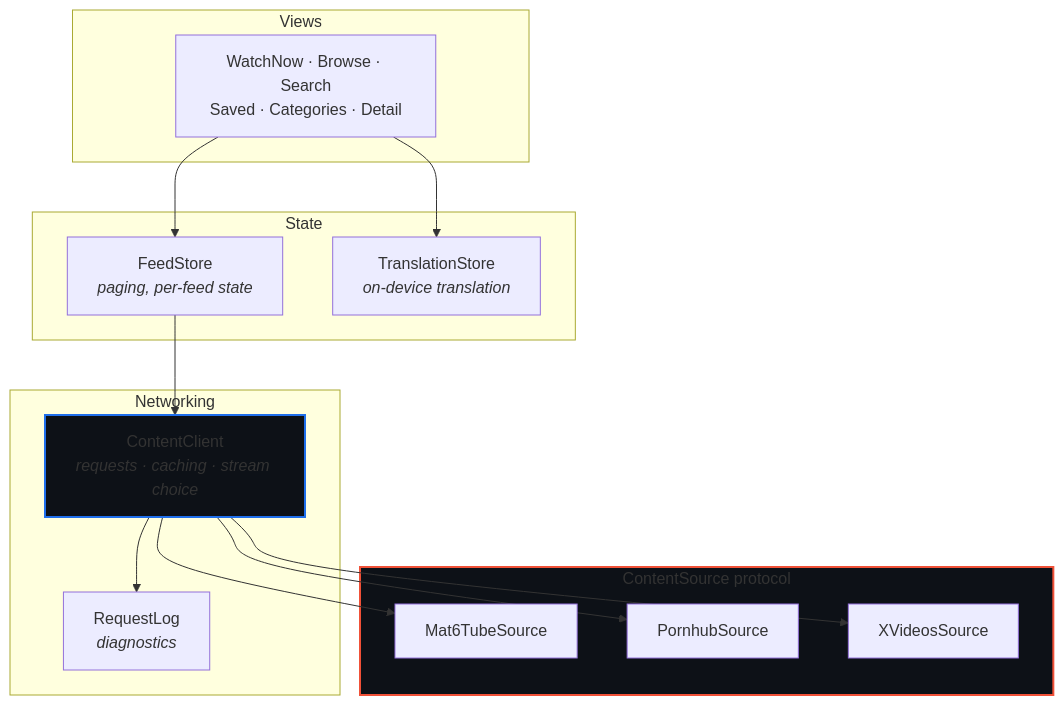
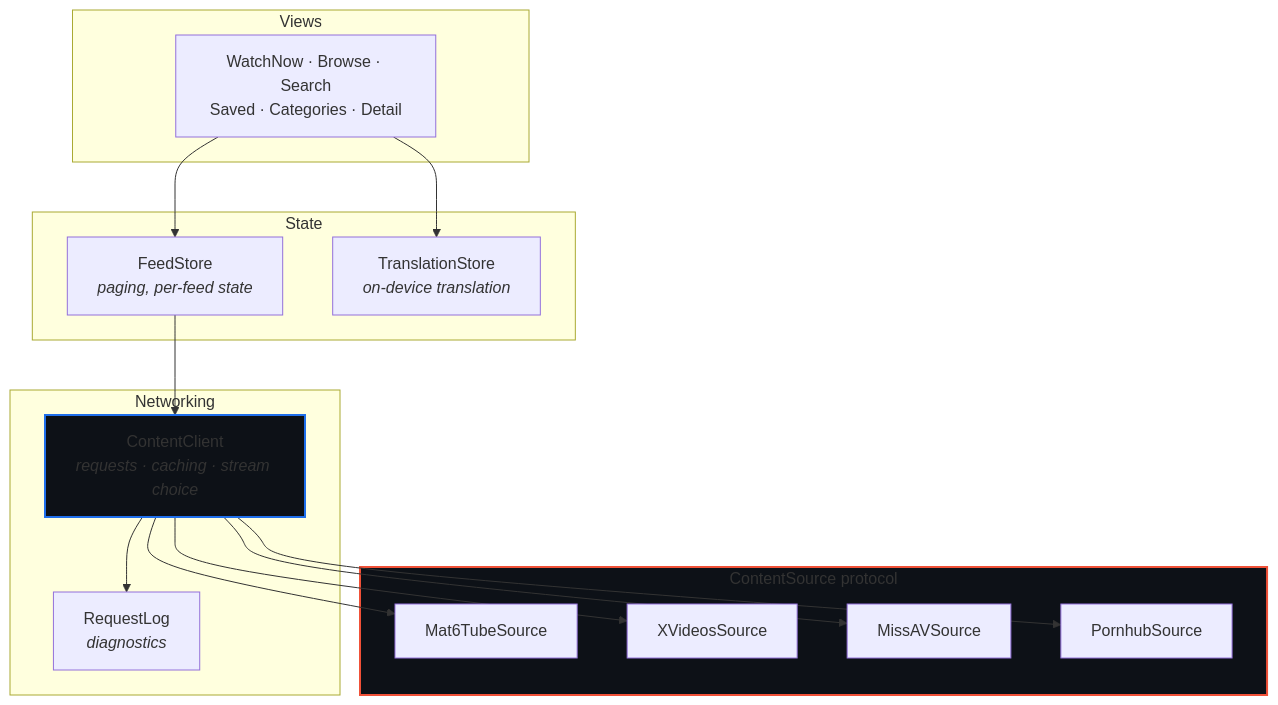
Before and after one commit to Nico8324/GetSome: the diagram in README.md, drawn with Mermaid. The commit also changed other lines of this file and 4 other files, not shown here.

First line of the commit message:
Add MissAV as a content source

````diff
--- a/README.md
+++ b/README.md
@@ -32,28 +44,29 @@
 ```mermaid
 flowchart TD
     subgraph ui [Views]
         A["WatchNow · Browse · Search<br/>Saved · Categories · Detail"]
     end
     subgraph state [State]
         B["FeedStore<br/><i>paging, per-feed state</i>"]
         T["TranslationStore<br/><i>on-device translation</i>"]
     end
     subgraph net [Networking]
         C["ContentClient<br/><i>requests · caching · stream choice</i>"]
         L["RequestLog<br/><i>diagnostics</i>"]
     end
     subgraph src [ContentSource protocol]
         D[Mat6TubeSource]
-        E[PornhubSource]
-        F[XVideosSource]
+        E[XVideosSource]
+        F[MissAVSource]
+        G[PornhubSource]
     end
 
     A --> B
     A --> T
     B --> C
     C --> L
-    C --> D & E & F
+    C --> D & E & F & G
 
     style src fill:#0d1117,stroke:#f05138,stroke-width:2px
     style C fill:#0d1117,stroke:#1f6feb,stroke-width:2px
 ```
````
